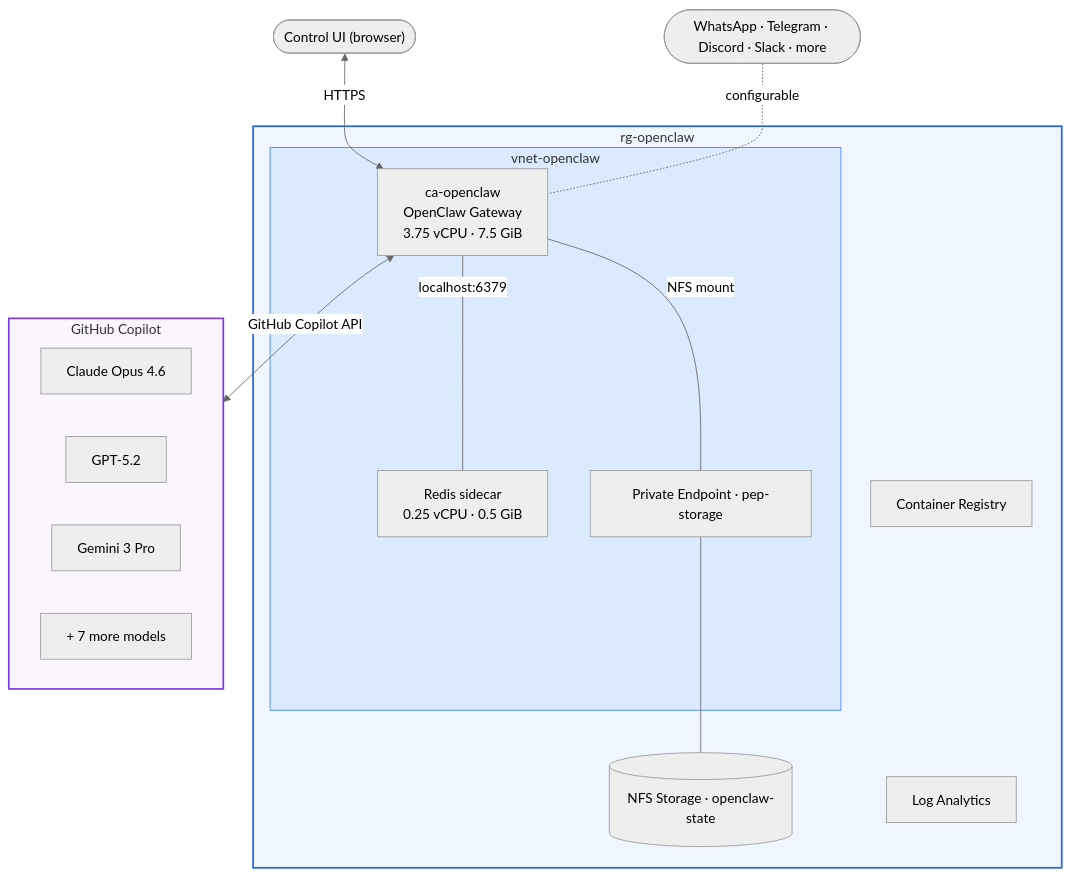
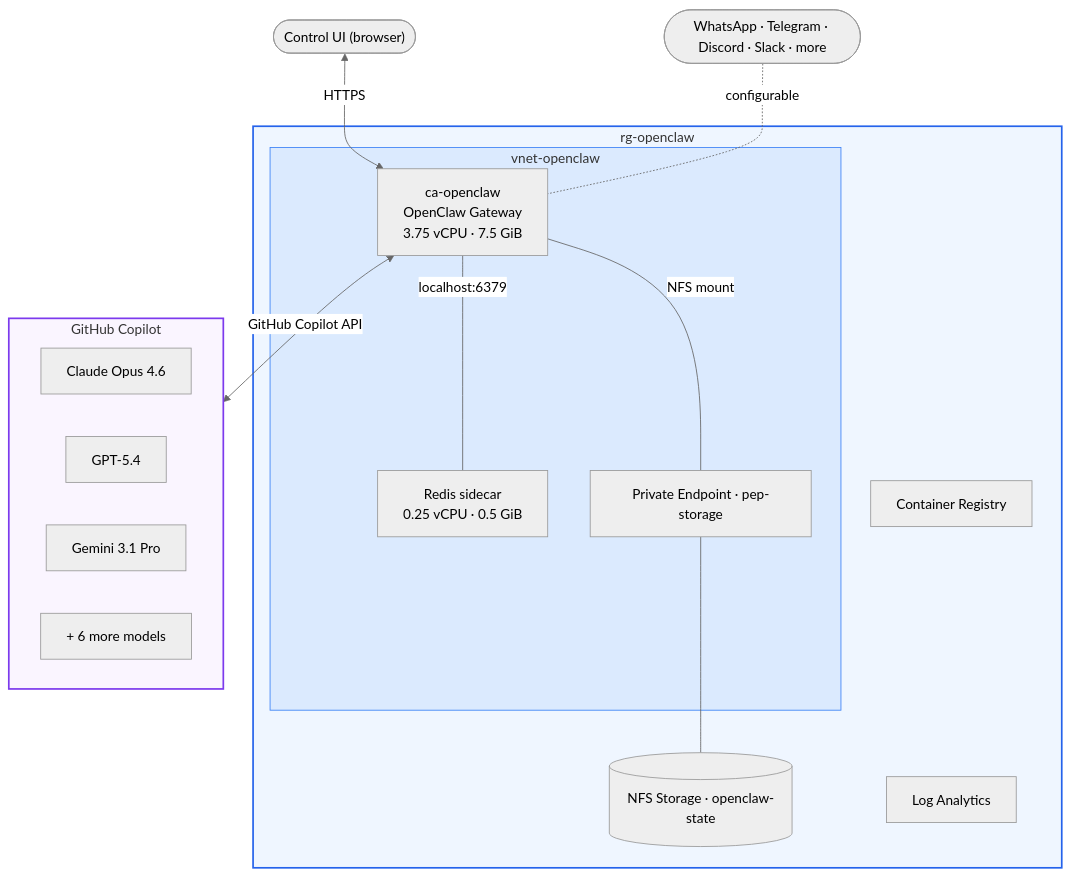
The diagram in README.md (serdarsemen/openclaw-azure-containerapps), drawn with Mermaid (neutral theme) before and after one commit. The commit also changed other lines of this file, not shown here.

````diff
--- a/README.md
+++ b/README.md
@@ -302,32 +302,32 @@
 ```mermaid
 flowchart TB
     cui(["Control UI (browser)"])
     ch(["WhatsApp · Telegram · Discord · Slack · more"])
     cui <-->|HTTPS| gw
     ch -.-|configurable| gw
 
     subgraph azure["rg-openclaw"]
         subgraph vnet["vnet-openclaw"]
             gw["ca-openclaw<br/>OpenClaw Gateway<br/>3.75 vCPU · 7.5 GiB"]
             redis["Redis sidecar<br/>0.25 vCPU · 0.5 GiB"]
             pe["Private Endpoint · pep-storage"]
             gw ---|localhost:6379| redis
             gw ---|NFS mount| pe
         end
         pe --- nfs[("NFS Storage · openclaw-state")]
         acr["Container Registry"] ~~~ logs["Log Analytics"]
     end
 
     gw <-->|GitHub Copilot API| copilot
 
     subgraph copilot["GitHub Copilot"]
         opus["Claude Opus 4.6"]
-        gpt["GPT-5.2"]
-        gem["Gemini 3 Pro"]
-        more2["+ 7 more models"]
+        gpt["GPT-5.4"]
+        gem["Gemini 3.1 Pro"]
+        more2["+ 6 more models"]
     end
 
     style azure fill:#eff6ff,stroke:#2563eb,stroke-width:2px
     style vnet fill:#dbeafe,stroke:#3b82f6,stroke-width:1px
     style copilot fill:#faf5ff,stroke:#7c3aed,stroke-width:2px
 ```
````
